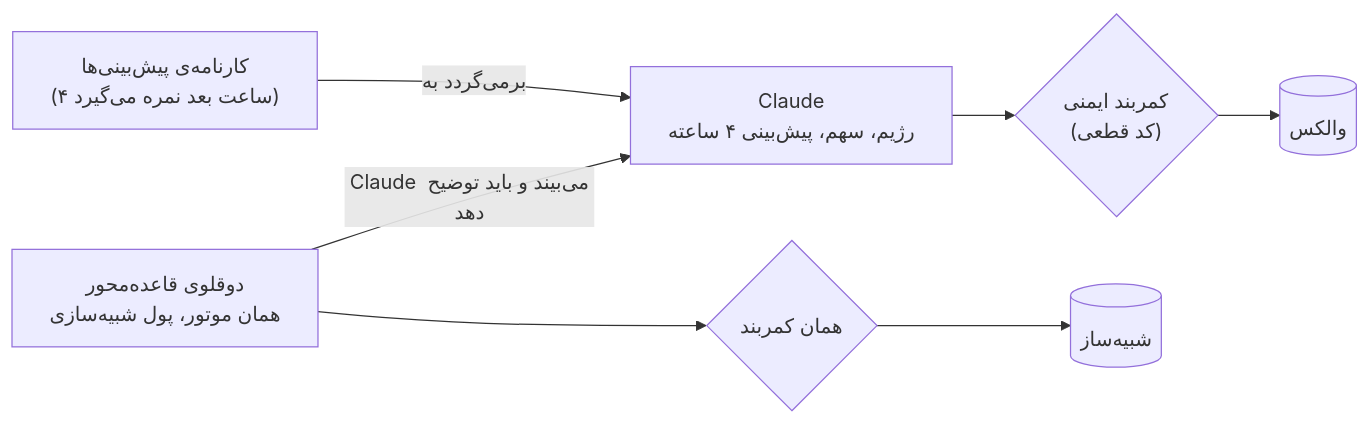
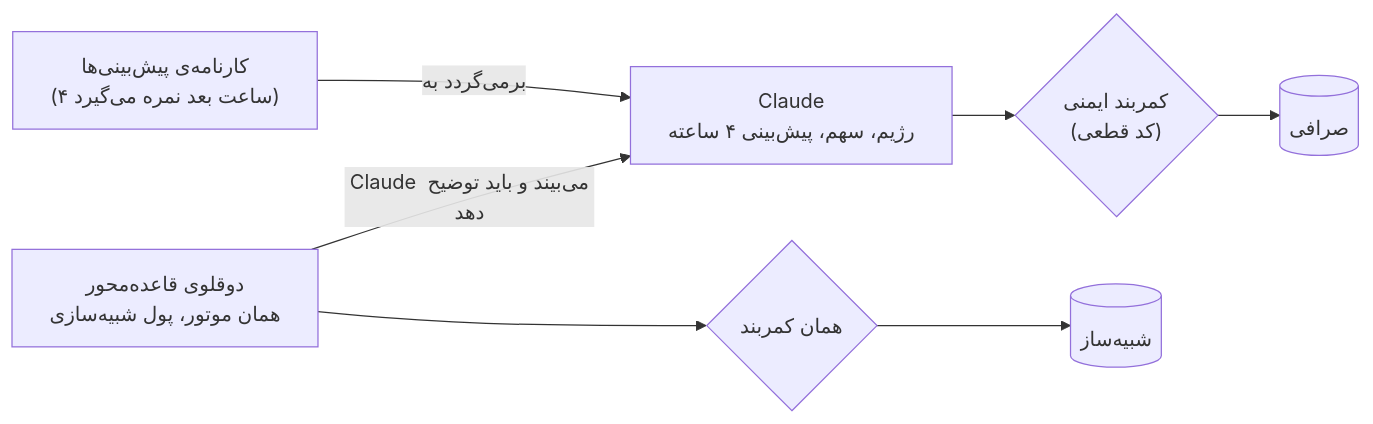
One commit to MetaParsa/kestrel changed the first of 2 diagrams in STRATEGY.md. Above: the diagram before and after it, drawn with Mermaid. The commit also changed other lines of this file and 4 other files, not shown here.

````diff
--- a/STRATEGY.md
+++ b/STRATEGY.md
@@ -14,8 +14,8 @@
 ```mermaid
 flowchart LR
   C["Claude<br/>رژیم، سهم، پیش‌بینی ۴ ساعته"] --> G{"کمربند ایمنی<br/>(کد قطعی)"}
-  G --> W[("والکس")]
+  G --> W[("صرافی⁤⁤⁤⁤⁤⁤⁤⁤⁤⁤⁤⁤⁤⁤⁤⁤⁤⁤⁤⁣")]
   S["کارنامه‌ی پیش‌بینی‌ها<br/>(۴ ساعت بعد نمره می‌گیرد)"] -->|"برمی‌گردد به"| C
   T["دوقلوی قاعده‌محور<br/>همان موتور، پول شبیه‌سازی"] -->|"Claude می‌بیند و باید توضیح دهد"| C
   T --> G2{"همان کمربند"} --> SIM[("شبیه‌ساز")]
 ```
````
